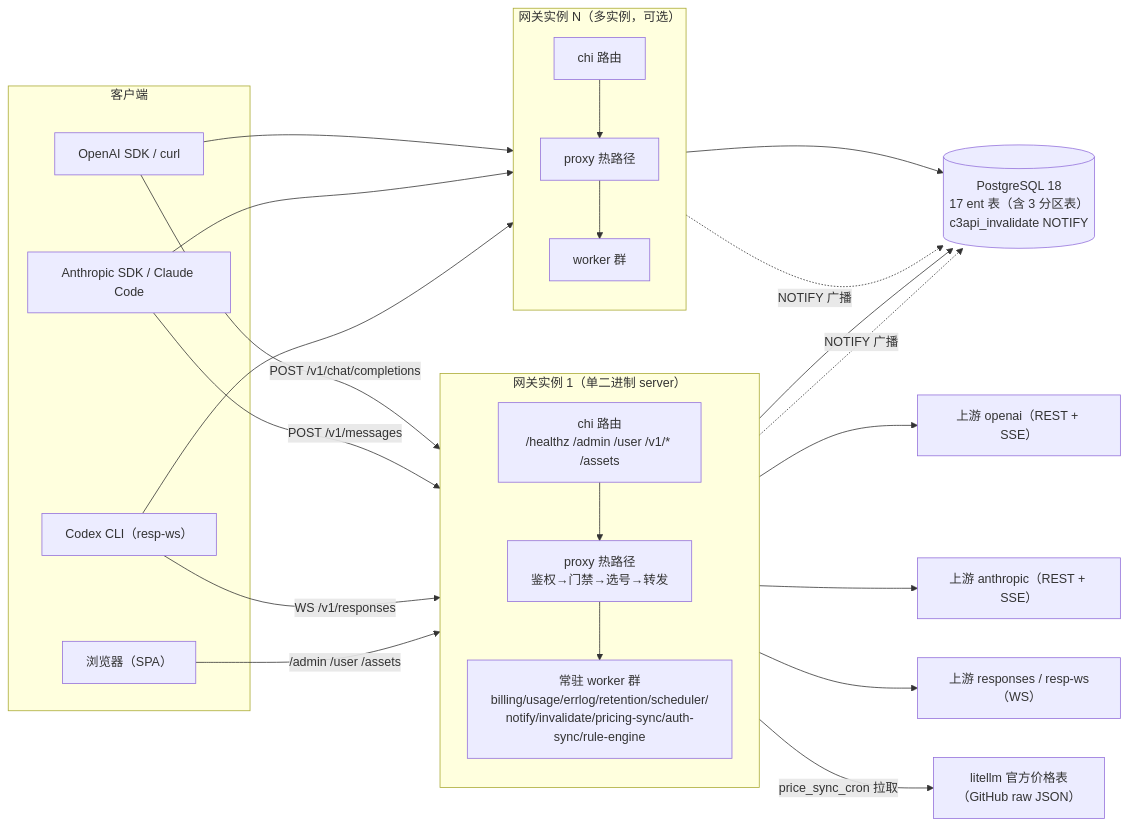
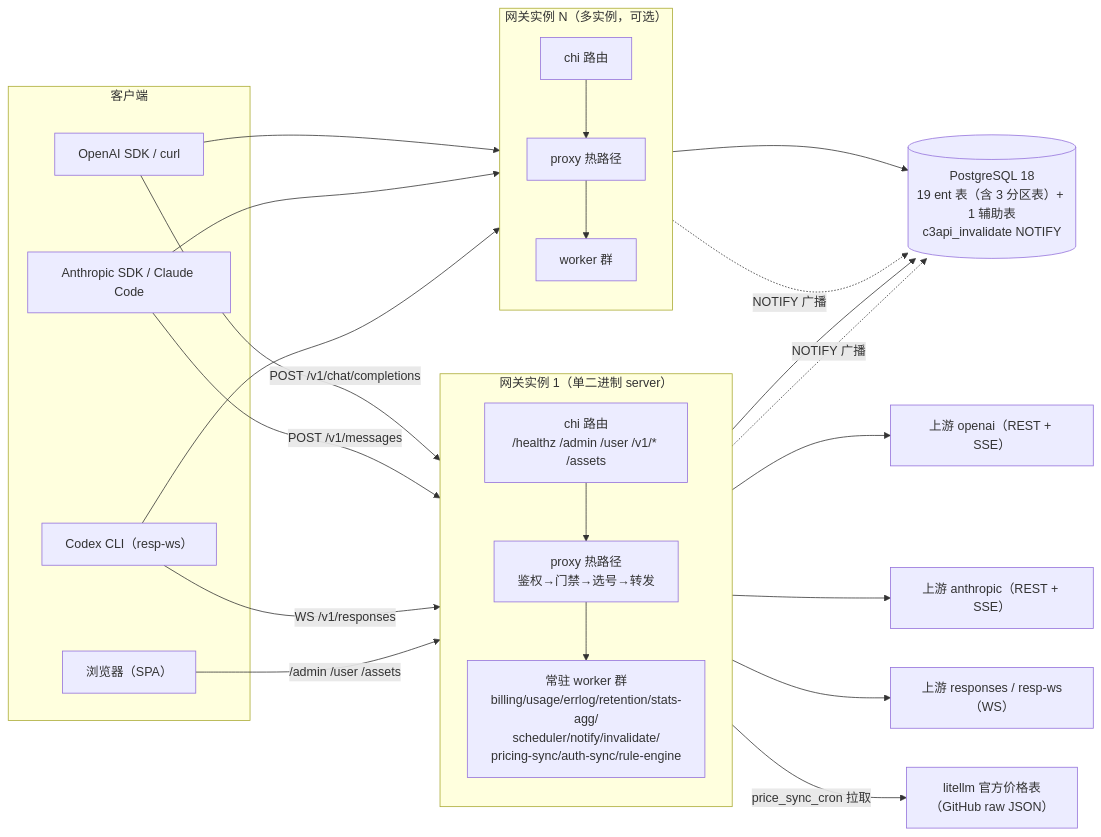
The first of 3 diagrams in docs/architecture-topology.md (baimao5299-ship-it/c4), drawn with Mermaid before and after one commit. The commit also changed other lines of this file, not shown here.

Commit message:
docs(architecture): 架构拓扑文档全量刷新（四路调研 72 条差异，2026-08-15）

````diff
--- a/docs/architecture-topology.md
+++ b/docs/architecture-topology.md
@@ -10,47 +10,47 @@
 ```mermaid
 flowchart LR
     subgraph Client["客户端"]
         C1["OpenAI SDK / curl"]
         C2["Anthropic SDK / Claude Code"]
         C3["Codex CLI（resp-ws）"]
         W1["浏览器（SPA）"]
     end
 
     subgraph G1["网关实例 1（单二进制 server）"]
         direction TB
         S["chi 路由<br/>/healthz /admin /user /v1/* /assets"]
         PX["proxy 热路径<br/>鉴权→门禁→选号→转发"]
-        WH["常驻 worker 群<br/>billing/usage/errlog/retention/scheduler/<br/>notify/invalidate/pricing-sync/auth-sync/rule-engine"]
+        WH["常驻 worker 群<br/>billing/usage/errlog/retention/stats-agg/<br/>scheduler/notify/invalidate/<br/>pricing-sync/auth-sync/rule-engine"]
     end
 
     subgraph G2["网关实例 N（多实例，可选）"]
         direction TB
         S2["chi 路由"]
         PX2["proxy 热路径"]
         WH2["worker 群"]
     end
 
-    PG[("PostgreSQL 18<br/>17 ent 表（含 3 分区表）<br/>c3api_invalidate NOTIFY")]
+    PG[("PostgreSQL 18<br/>19 ent 表（含 3 分区表）+ 1 辅助表<br/>c3api_invalidate NOTIFY")]
     UP1["上游 openai（REST + SSE）"]
     UP2["上游 anthropic（REST + SSE）"]
     UP3["上游 responses / resp-ws（WS）"]
     LLM["litellm 官方价格表<br/>（GitHub raw JSON）"]
 
     C1 -->|"POST /v1/chat/completions"| S
     C2 -->|"POST /v1/messages"| S
     C3 -->|"WS /v1/responses"| S
     W1 -->|"/admin /user /assets"| S
     C1 --> S2
     C2 --> S2
     C3 --> S2
     S --> PX
     S2 --> PX2
     PX --> UP1 & UP2 & UP3
     PX --> WH
     PX2 --> WH2
     WH --> PG
     WH2 --> PG
     G1 -.NOTIFY 广播.-> PG
     G2 -.NOTIFY 广播.-> PG
     WH -->|"price_sync_cron 拉取"| LLM
 ```
````
